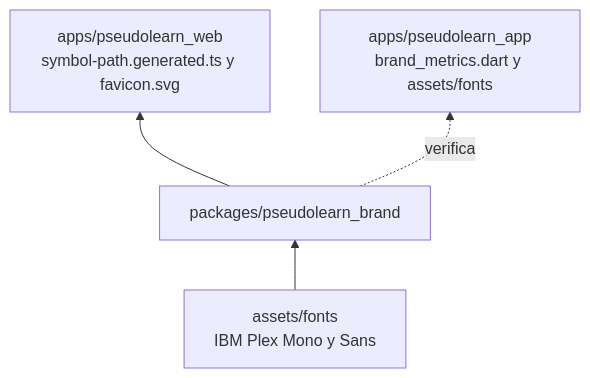
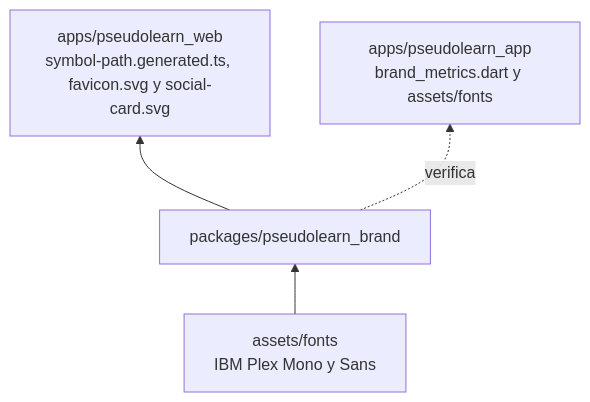
One commit to cgutieco/pseudolearn changed the first of 3 diagrams in packages/pseudolearn_brand/README.md. Above: the diagram before and after it, drawn with Mermaid. The commit also changed other lines of this file and 14 other files, not shown here.

Commit message:
feat: add social card rendering and Open Graph image generation with related tests

````diff
--- a/packages/pseudolearn_brand/README.md
+++ b/packages/pseudolearn_brand/README.md
@@ -12,6 +14,6 @@
 ```mermaid
 flowchart BT
     fonts["assets/fonts<br/>IBM Plex Mono y Sans"] --> brand["packages/pseudolearn_brand"]
-    brand --> web["apps/pseudolearn_web<br/>symbol-path.generated.ts y favicon.svg"]
+    brand --> web["apps/pseudolearn_web<br/>symbol-path.generated.ts, favicon.svg y social-card.svg"]
     brand -. verifica .-> app["apps/pseudolearn_app<br/>brand_metrics.dart y assets/fonts"]
 ```
````
